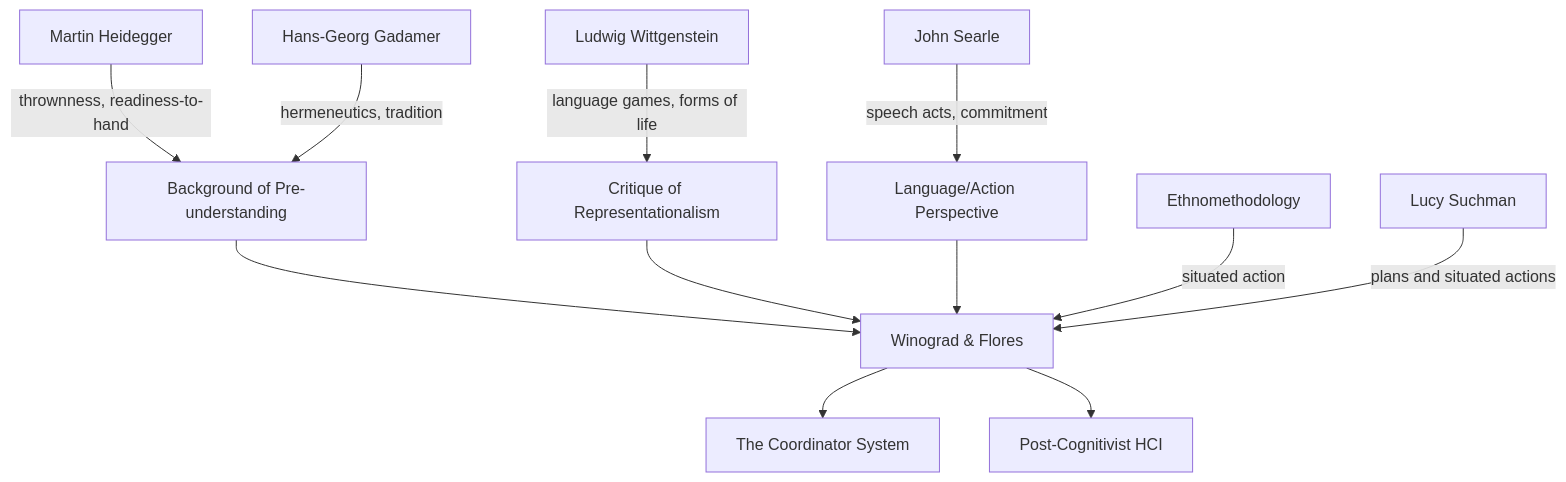
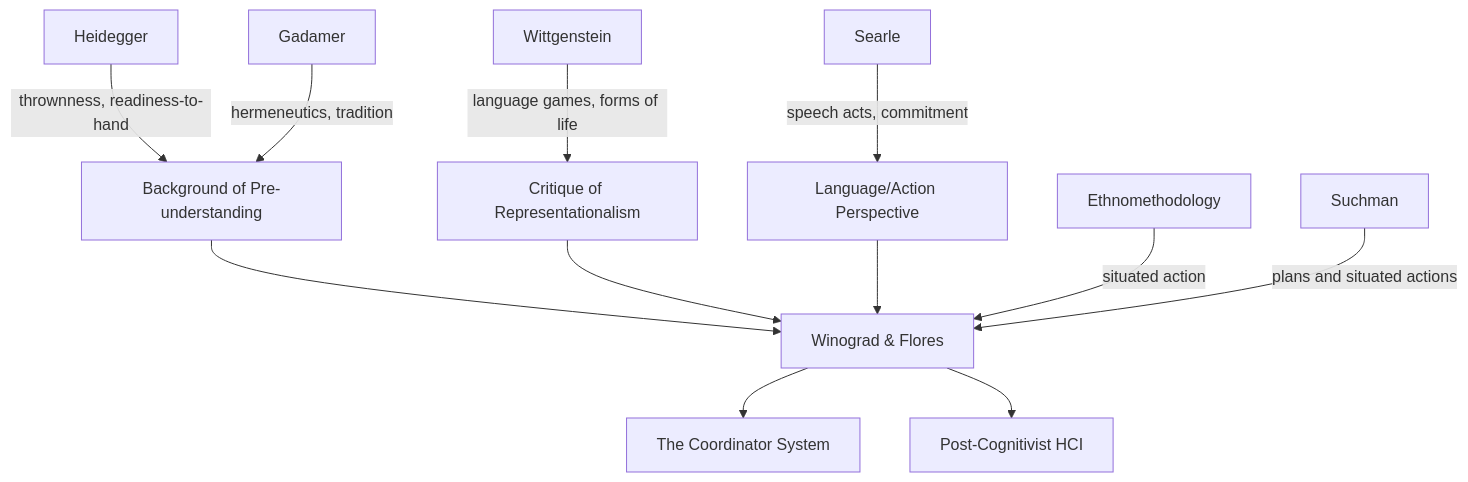
The diagram in content/On understanding computers and cognition.md (graph-ist/zettelkasten), drawn with Mermaid before and after one commit. The commit also changed other lines of this file and 138 other files, not shown here.

````diff
--- a/content/On understanding computers and cognition.md
+++ b/content/On understanding computers and cognition.md
@@ -46,16 +46,16 @@
 ```mermaid
 flowchart TD
-    1[Martin Heidegger] -->|thrownness, readiness-to-hand| 2[Background of Pre-understanding]
-    3[Hans-Georg Gadamer] -->|hermeneutics, tradition| 2
-    4[Ludwig Wittgenstein] -->|language games, forms of life| 5[Critique of Representationalism]
-    6[John Searle] -->|speech acts, commitment| 7[Language/Action Perspective]
-    2 --> 8[Winograd & Flores]
-    5 --> 8
-    7 --> 8
-    9[Ethnomethodology] -->|situated action| 8
-    8 --> 10[The Coordinator System]
-    8 --> 11[Post-Cognitivist HCI]
-    12[Lucy Suchman] -->|plans and situated actions| 8
+    Heidegger --> |thrownness, readiness-to-hand| Background[Background of Pre-understanding]
+    Gadamer --> |hermeneutics, tradition| Background
+    Wittgenstein --> |language games, forms of life| CritiqueRep[Critique of Representationalism]
+    Searle --> |speech acts, commitment| LangAction[Language/Action Perspective]
+    Background --> WinogradFlores[Winograd & Flores]
+    CritiqueRep --> WinogradFlores
+    LangAction --> WinogradFlores
+    Ethnomethodology --> |situated action| WinogradFlores
+    WinogradFlores --> Coordinator[The Coordinator System]
+    WinogradFlores --> PostCognitivistHCI[Post-Cognitivist HCI]
+    Suchman --> |plans and situated actions| WinogradFlores
 
-    class 1,3,4,6,12 internal-link
+    class Heidegger,Gadamer,Wittgenstein,Searle,Suchman internal-link;
 ```
````
